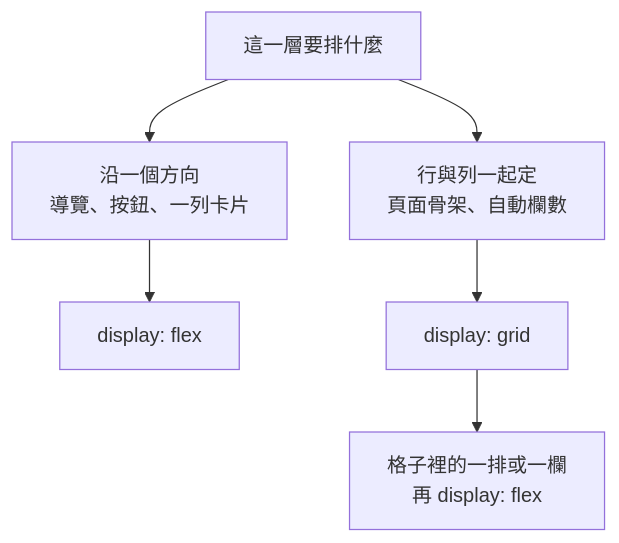
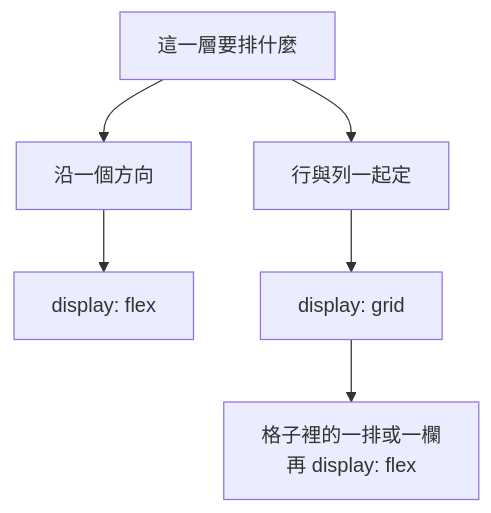
Before and after one commit to summer10920/summer10920.github.io: the fourth of 7 diagrams in source/_posts/lokiTech-15day-03-css.md, drawn with Mermaid. The commit also changed other lines of this file, not shown here.

```diff
--- a/source/_posts/lokiTech-15day-03-css.md
+++ b/source/_posts/lokiTech-15day-03-css.md
@@ -4277,7 +2046,7 @@
 {% mermaid graph TD %}
-A["這一層要排什麼"] --> B["沿一個方向<br/>導覽、按鈕、一列卡片"]
-A --> C["行與列一起定<br/>頁面骨架、自動欄數"]
+A["這一層要排什麼"] --> B["沿一個方向"]
+A --> C["行與列一起定"]
 B --> D["display: flex"]
 C --> E["display: grid"]
 E --> F["格子裡的一排或一欄<br/>再 display: flex"]
 {% endmermaid %}
```
